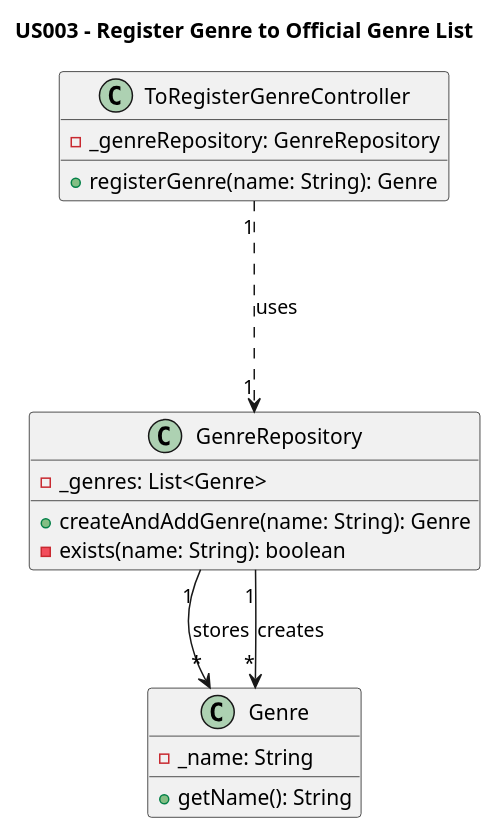
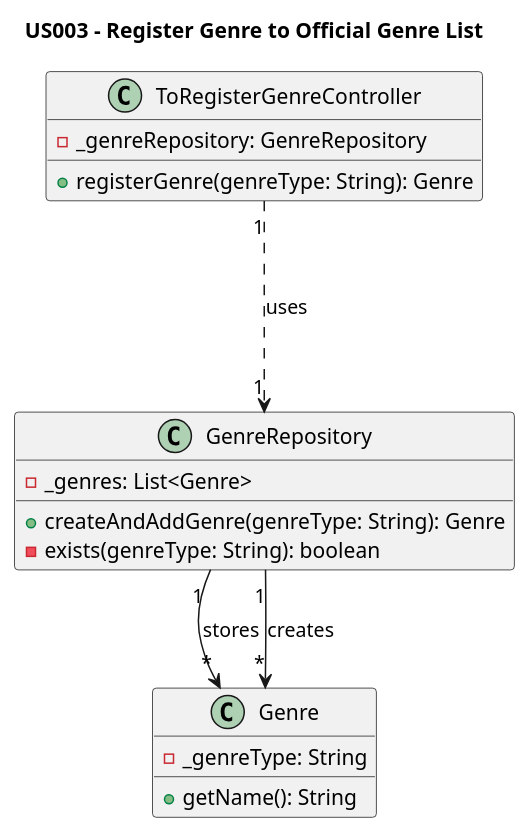
The diagram in Diagrams/ClassDiagrams/US003 - To add a publication genre to the genre list.puml (AndrePereiraGitH/SWitCH-Project-Team_A), drawn with PlantUML before and after one commit. The commit also changed 3 other files, not shown here.

```diff
--- a/Diagrams/ClassDiagrams/US003 - To add a publication genre to the genre list.puml
+++ b/Diagrams/ClassDiagrams/US003 - To add a publication genre to the genre list.puml
@@ -1,26 +1,26 @@
 @startuml
 title US003 - Register Genre to Official Genre List
 
 class ToRegisterGenreController {
   -_genreRepository: GenreRepository
-  +registerGenre(name: String): Genre
+  +registerGenre(genreType: String): Genre
 }
 
 class GenreRepository {
   -_genres: List<Genre>
-  +createAndAddGenre(name: String): Genre
-  -exists(name: String): boolean
+  +createAndAddGenre(genreType: String): Genre
+  -exists(genreType: String): boolean
 }
 
 class Genre {
-  -_name: String
+  -_genreType: String
   +getName(): String
 }
 
 
 ToRegisterGenreController "1" -.-> "1" GenreRepository : uses
 GenreRepository "1" --> "*" Genre : stores
 GenreRepository "1" --> "*" Genre : creates
 
 
 @enduml
```
